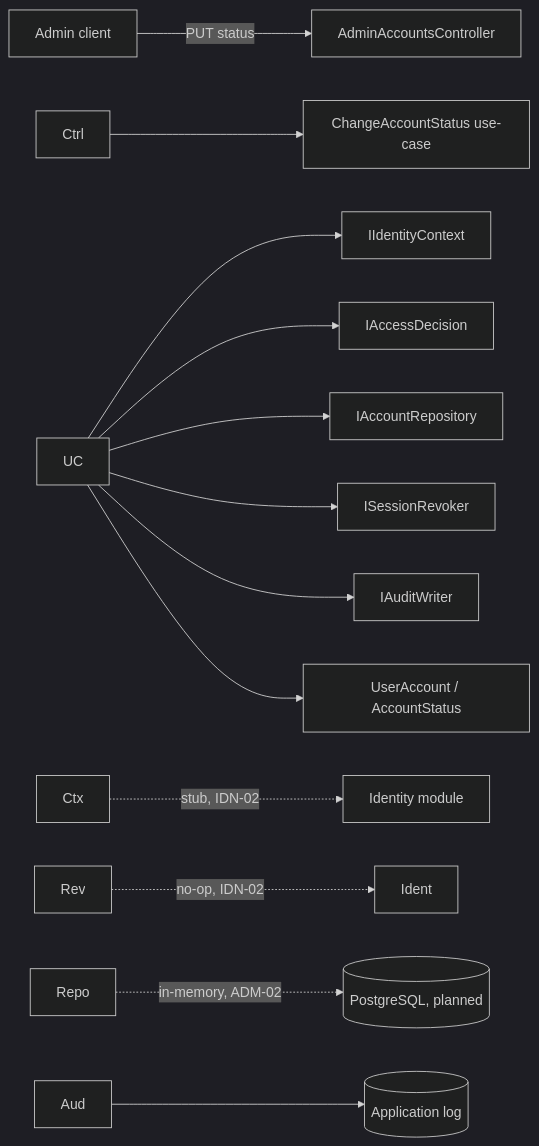
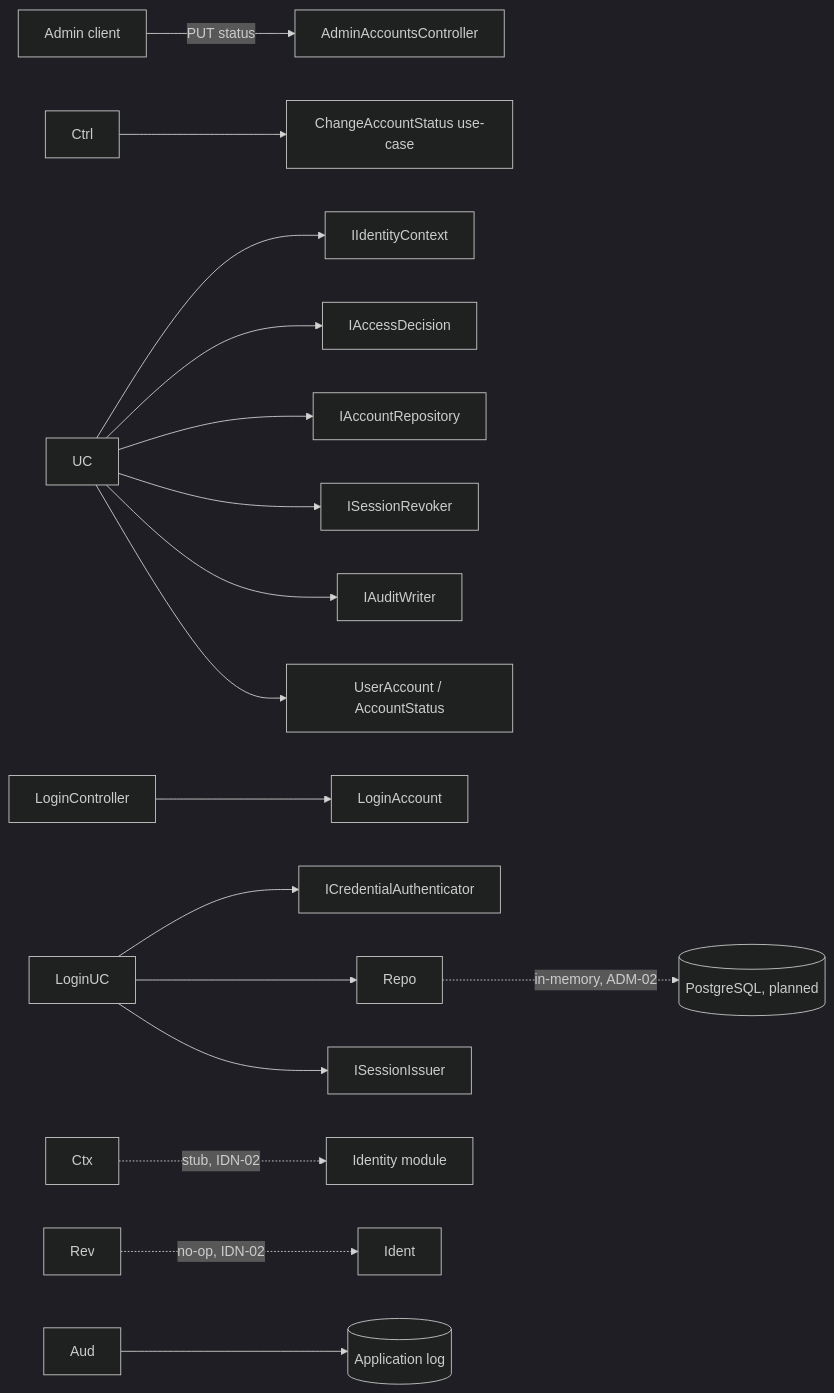
The first of 2 diagrams in docs/IDN-03_ACCOUNT_STATUS.md (owlCoder/scutum), drawn with Mermaid (dark theme) before and after one commit. The commit also changed other lines of this file and 8 other files, not shown here.

Commit message:
feat(IDN-03): gate login by account status

````diff
--- a/docs/IDN-03_ACCOUNT_STATUS.md
+++ b/docs/IDN-03_ACCOUNT_STATUS.md
@@ -32,15 +38,19 @@
 ```mermaid
 flowchart LR
   Client\[Admin client] -->|PUT status| Ctrl\[AdminAccountsController]
   Ctrl --> UC\[ChangeAccountStatus use-case]
   UC --> Ctx\[IIdentityContext]
   UC --> Acc\[IAccessDecision]
   UC --> Repo\[IAccountRepository]
   UC --> Rev\[ISessionRevoker]
   UC --> Aud\[IAuditWriter]
   UC --> Dom\[UserAccount / AccountStatus]
+  Login\[LoginController] --> LoginUC\[LoginAccount]
+  LoginUC --> Cred\[ICredentialAuthenticator]
+  LoginUC --> Repo
+  LoginUC --> Issue\[ISessionIssuer]
   Ctx -. stub, IDN-02 .-> Ident\[Identity module]
   Rev -. no-op, IDN-02 .-> Ident
   Repo -. in-memory, ADM-02 .-> DB\[(PostgreSQL, planned)]
   Aud --> Log\[(Application log)]
 ```
````
